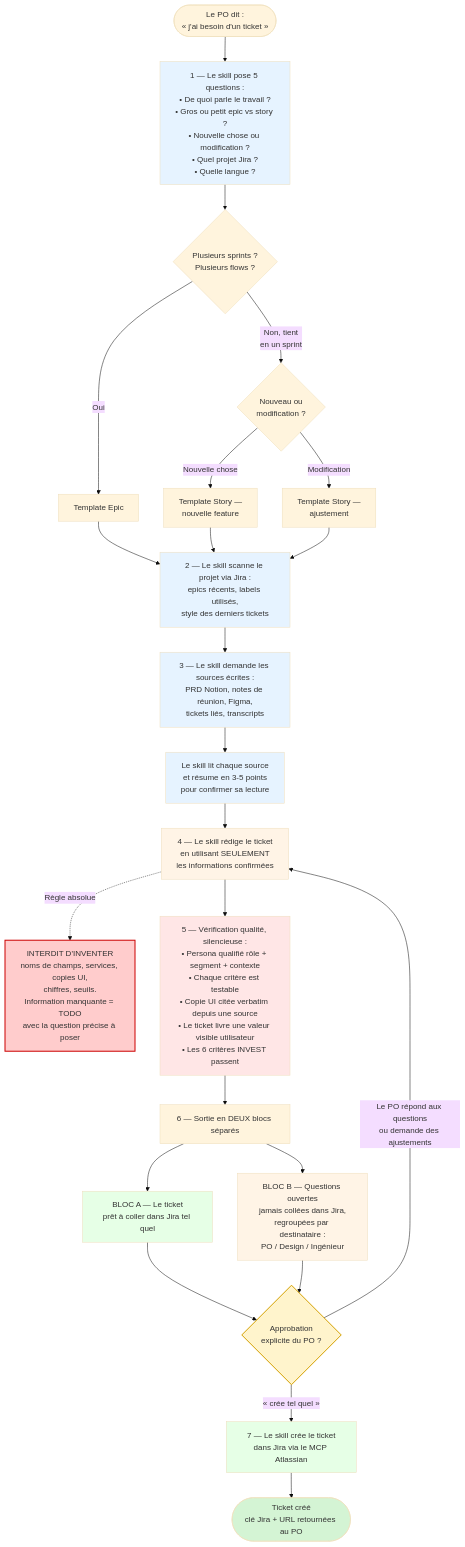
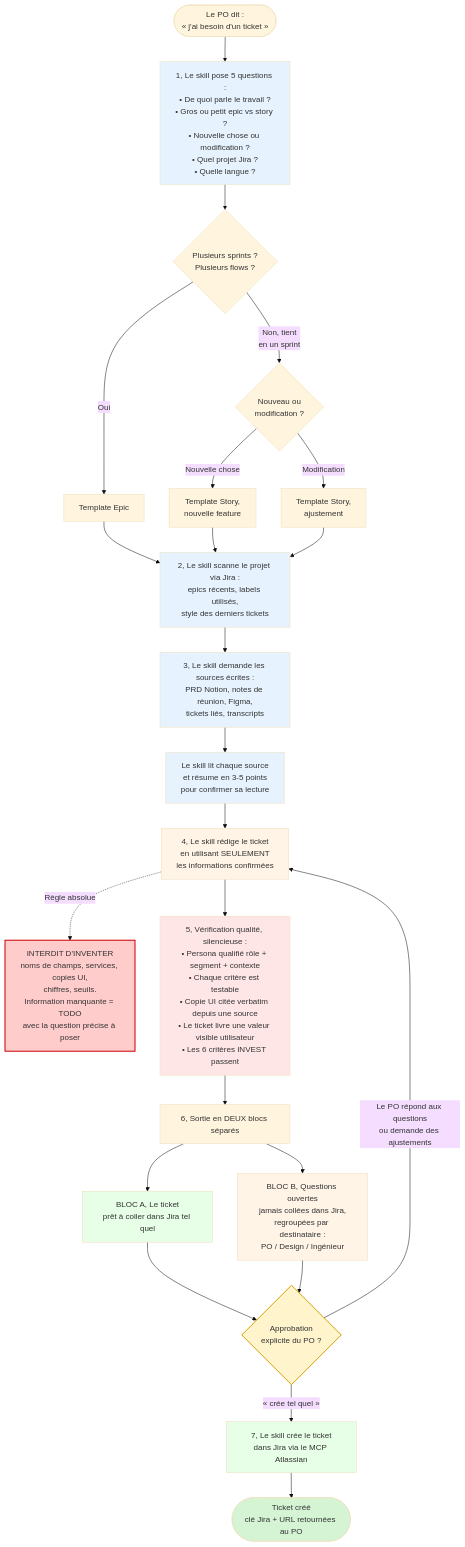
Before and after one commit to jblalonde/po-skillsv1: the diagram in README.md, drawn with Mermaid (base theme). The commit also changed other lines of this file and 13 other files, not shown here.

````diff
--- a/README.md
+++ b/README.md
@@ -12,47 +12,47 @@
 ```mermaid
 flowchart TD
-    Start([Le PO dit :<br/>« j'ai besoin d'un ticket »]) --> Q1[1 — Le skill pose 5 questions :<br/>• De quoi parle le travail ?<br/>• Gros ou petit epic vs story ?<br/>• Nouvelle chose ou modification ?<br/>• Quel projet Jira ?<br/>• Quelle langue ?]
+    Start([Le PO dit :<br/>« j'ai besoin d'un ticket »]) --> Q1[1, Le skill pose 5 questions :<br/>• De quoi parle le travail ?<br/>• Gros ou petit epic vs story ?<br/>• Nouvelle chose ou modification ?<br/>• Quel projet Jira ?<br/>• Quelle langue ?]
 
     Q1 --> Sized{Plusieurs sprints ?<br/>Plusieurs flows ?}
     Sized -->|Oui| Tpl1[Template Epic]
     Sized -->|Non, tient<br/>en un sprint| Type{Nouveau ou<br/>modification ?}
-    Type -->|Nouvelle chose| Tpl2[Template Story —<br/>nouvelle feature]
-    Type -->|Modification| Tpl3[Template Story —<br/>ajustement]
+    Type -->|Nouvelle chose| Tpl2[Template Story,<br/>nouvelle feature]
+    Type -->|Modification| Tpl3[Template Story,<br/>ajustement]
 
-    Tpl1 --> Scan[2 — Le skill scanne le projet via Jira :<br/>epics récents, labels utilisés,<br/>style des derniers tickets]
+    Tpl1 --> Scan[2, Le skill scanne le projet via Jira :<br/>epics récents, labels utilisés,<br/>style des derniers tickets]
     Tpl2 --> Scan
     Tpl3 --> Scan
 
-    Scan --> Sources[3 — Le skill demande les sources écrites :<br/>PRD Notion, notes de réunion, Figma,<br/>tickets liés, transcripts]
+    Scan --> Sources[3, Le skill demande les sources écrites :<br/>PRD Notion, notes de réunion, Figma,<br/>tickets liés, transcripts]
     Sources --> Fetch[Le skill lit chaque source<br/>et résume en 3-5 points<br/>pour confirmer sa lecture]
-    Fetch --> Draft[4 — Le skill rédige le ticket<br/>en utilisant SEULEMENT<br/>les informations confirmées]
+    Fetch --> Draft[4, Le skill rédige le ticket<br/>en utilisant SEULEMENT<br/>les informations confirmées]
 
     Draft -.->|Règle absolue| Anti[INTERDIT D'INVENTER<br/>noms de champs, services, copies UI,<br/>chiffres, seuils.<br/>Information manquante = TODO<br/>avec la question précise à poser]
 
-    Draft --> Quality[5 — Vérification qualité, silencieuse :<br/>• Persona qualifié rôle + segment + contexte<br/>• Chaque critère est testable<br/>• Copie UI citée verbatim depuis une source<br/>• Le ticket livre une valeur visible utilisateur<br/>• Les 6 critères INVEST passent]
+    Draft --> Quality[5, Vérification qualité, silencieuse :<br/>• Persona qualifié rôle + segment + contexte<br/>• Chaque critère est testable<br/>• Copie UI citée verbatim depuis une source<br/>• Le ticket livre une valeur visible utilisateur<br/>• Les 6 critères INVEST passent]
 
-    Quality --> Output[6 — Sortie en DEUX blocs séparés]
-    Output --> A[BLOC A — Le ticket<br/>prêt à coller dans Jira tel quel]
-    Output --> B[BLOC B — Questions ouvertes<br/>jamais collées dans Jira,<br/>regroupées par destinataire :<br/>PO / Design / Ingénieur]
+    Quality --> Output[6, Sortie en DEUX blocs séparés]
+    Output --> A[BLOC A, Le ticket<br/>prêt à coller dans Jira tel quel]
+    Output --> B[BLOC B, Questions ouvertes<br/>jamais collées dans Jira,<br/>regroupées par destinataire :<br/>PO / Design / Ingénieur]
 
     A --> Approve{Approbation<br/>explicite du PO ?}
     B --> Approve
 
     Approve -->|Le PO répond aux questions<br/>ou demande des ajustements| Draft
-    Approve -->|« crée tel quel »| Create[7 — Le skill crée le ticket<br/>dans Jira via le MCP Atlassian]
+    Approve -->|« crée tel quel »| Create[7, Le skill crée le ticket<br/>dans Jira via le MCP Atlassian]
 
     Create --> End([Ticket créé<br/>clé Jira + URL retournées au PO])
 
     style Q1 fill:#e6f3ff
     style Scan fill:#e6f3ff
     style Sources fill:#e6f3ff
     style Fetch fill:#e6f3ff
     style Draft fill:#fff4e6
     style Anti fill:#ffcccc,stroke:#c00,stroke-width:2px
     style Quality fill:#ffe6e6
     style A fill:#e6ffe6
     style B fill:#fff4e6
     style Approve fill:#fff4cc,stroke:#d4a000,stroke-width:2px
     style Create fill:#e6ffe6
     style End fill:#d4f4d4
 ```
````
